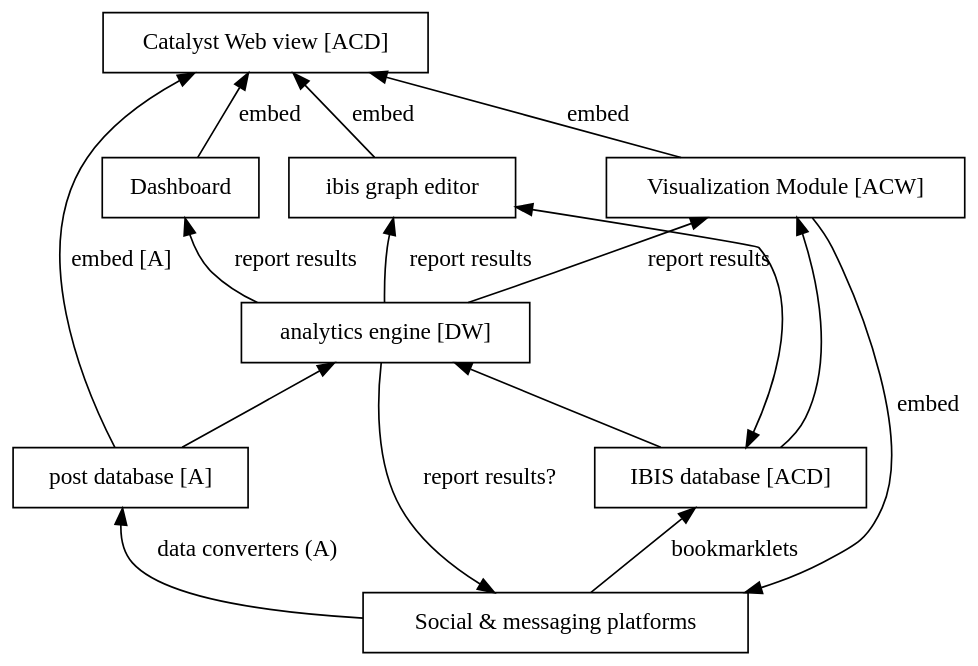
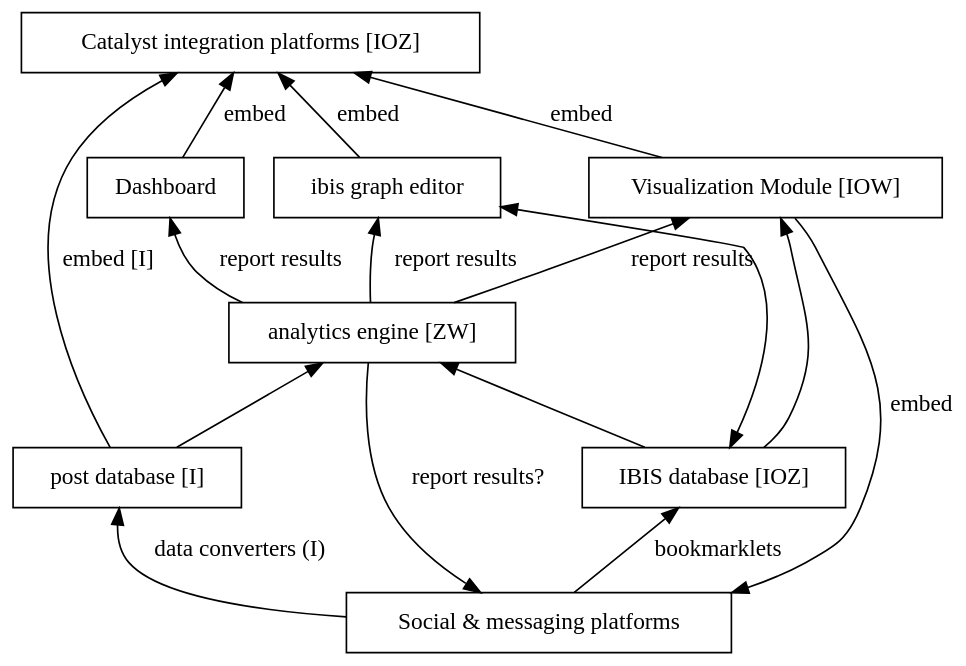
Before and after one commit to catalyst-fp7/documents: the first of 10 diagrams in interoperability/interoperability.md, drawn with Graphviz. The commit also changed other lines of this file, not shown here.

````diff
--- a/interoperability/interoperability.md
+++ b/interoperability/interoperability.md
@@ -26,29 +28,29 @@
 ```graphviz
 digraph g {
     graph [bgcolor="transparent", rankdir="BT"] ;
     node [fillcolor=white, style=filled,  shape=rectangle];
     comm [label="Social & messaging platforms"];
     dash [label="Dashboard"];
-    plat [label="Catalyst Web view [ACD]"];
-    viz [label="Visualization Module [ACW]"];
-    ibisdb [label="IBIS database [ACD]"];
-    postdb [label="post database [A]"];
-    analytics [label="analytics engine [DW]"];
+    plat [label="Catalyst integration platforms [IOZ]"];
+    viz [label="Visualization Module [IOW]"];
+    ibisdb [label="IBIS database [IOZ]"];
+    postdb [label="post database [I]"];
+    analytics [label="analytics engine [ZW]"];
     gred [label="ibis graph editor"];
     comm->ibisdb [label="bookmarklets"];
-    comm->postdb [label="data converters (A)"];
+    comm->postdb [label="data converters (I)"];
     viz->comm [label="embed"];
     gred->plat [label="embed"];
     viz->plat [label="embed"];
     dash->plat [label="embed"];
     analytics->dash [label="report results"];
     analytics->comm [label="report results?"];
     analytics->viz [label="report results"];
     analytics->gred [label="report results"];
     ibisdb->viz;
     ibisdb->gred [dir=both];
     ibisdb->analytics;
     postdb->analytics;
-    postdb->plat [label="embed [A]"];
+    postdb->plat [label="embed [I]"];
 }
 ```
````
